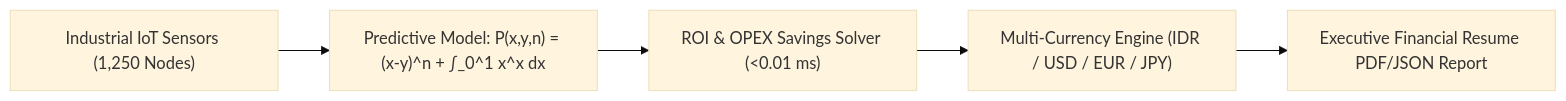
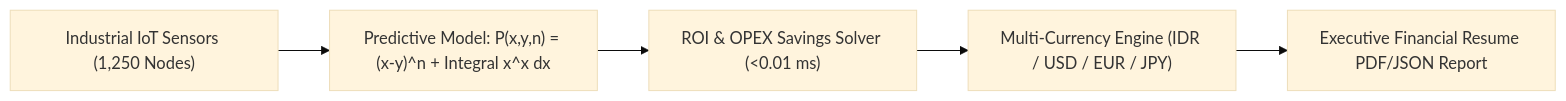
One commit to SamuelPurba/Rumus-Perpangkatan-Universal-4.0 changed the fourth of 6 diagrams in README.md. Above: the diagram before and after it, drawn with Mermaid (base theme). The commit also changed other lines of this file, not shown here.

Commit message:
docs(refine-diagrams): sempurnakan sintaks dan tampilan Mermaid Diagram 9-Pillar pada README.md

````diff
--- a/README.md
+++ b/README.md
@@ -310,7 +310,7 @@
 ```mermaid
 graph LR
-    DATA["Industrial IoT Sensors (1,250 Nodes)"] --> MODEL["Predictive Model: P(x,y,n) = (x-y)^n + ∫_0^1 x^x dx"]
+    DATA["Industrial IoT Sensors (1,250 Nodes)"] --> MODEL["Predictive Model: P(x,y,n) = (x-y)^n + Integral x^x dx"]
     MODEL --> ROI["ROI & OPEX Savings Solver (<0.01 ms)"]
     ROI --> CURRENCY["Multi-Currency Engine (IDR / USD / EUR / JPY)"]
     CURRENCY --> REPORT["Executive Financial Resume PDF/JSON Report"]
 ```
````
